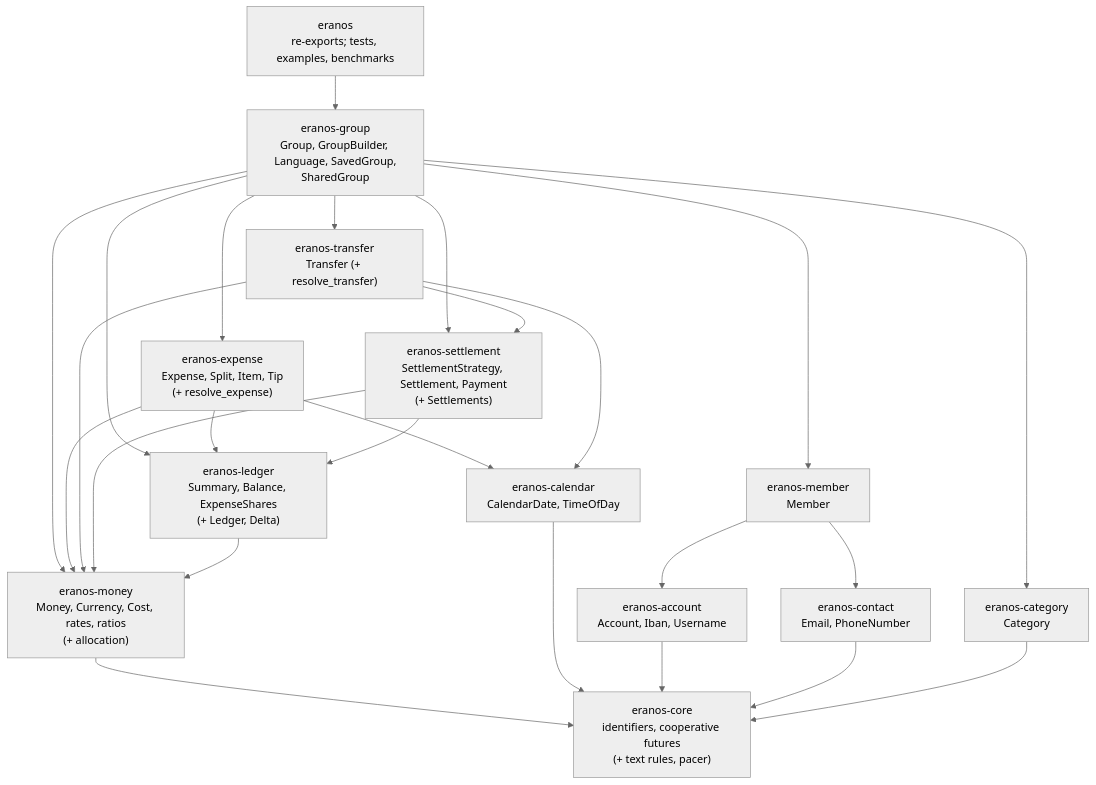
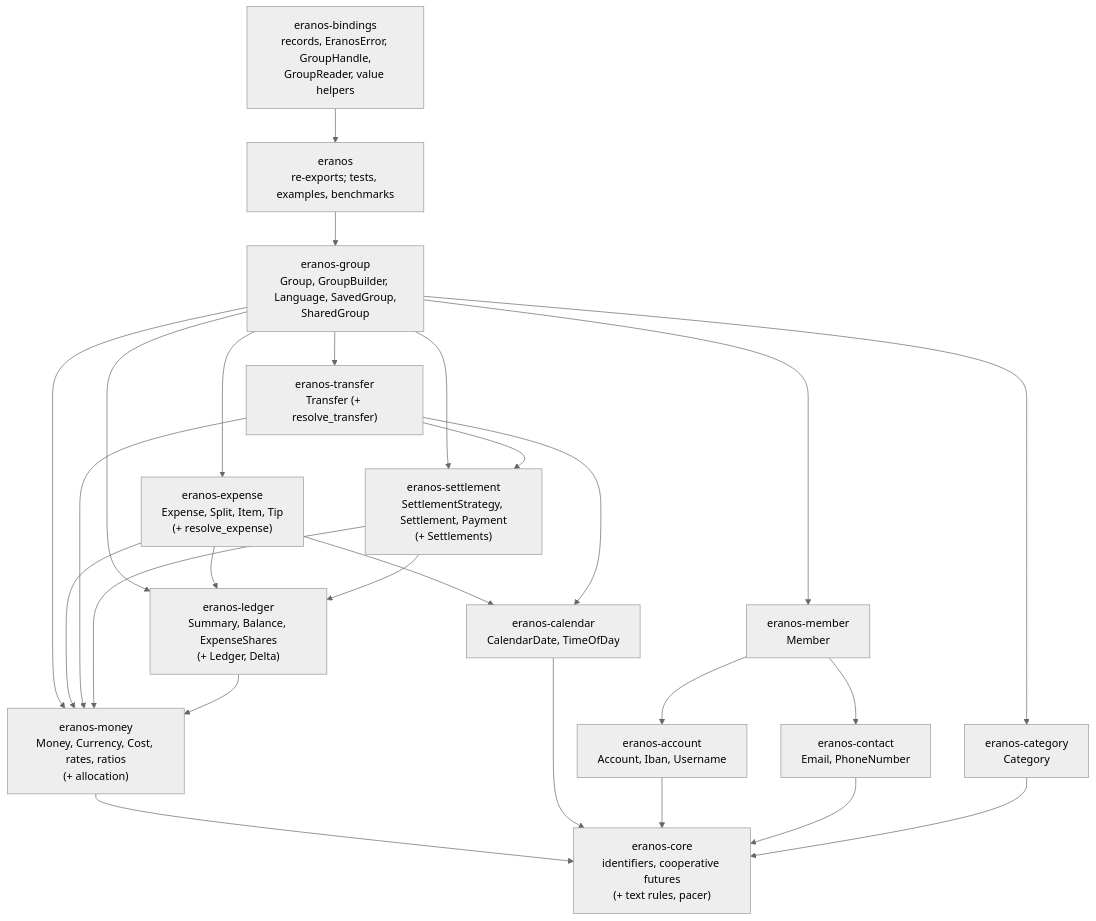
One commit to cristiancristea00/eranos changed the first of 3 diagrams in docs/ARCHITECTURE.md. Above: the diagram before and after it, drawn with Mermaid (neutral theme). The commit also changed other lines of this file and 36 other files, not shown here.

````diff
--- a/docs/ARCHITECTURE.md
+++ b/docs/ARCHITECTURE.md
@@ -71,40 +74,42 @@
 ```mermaid
 flowchart TD
+    BINDINGS["eranos-bindings<br/>records, EranosError, GroupHandle,<br/>GroupReader, value helpers"]
     FACADE["eranos<br/>re-exports; tests, examples, benchmarks"]
     GROUP["eranos-group<br/>Group, GroupBuilder, Language, SavedGroup,<br/>SharedGroup"]
     EXPENSE["eranos-expense<br/>Expense, Split, Item, Tip<br/>(+ resolve_expense)"]
     TRANSFER["eranos-transfer<br/>Transfer (+ resolve_transfer)"]
     MEMBER["eranos-member<br/>Member"]
     CATEGORY["eranos-category<br/>Category"]
     SETTLEMENT["eranos-settlement<br/>SettlementStrategy, Settlement, Payment<br/>(+ Settlements)"]
     ACCOUNT["eranos-account<br/>Account, Iban, Username"]
     CONTACT["eranos-contact<br/>Email, PhoneNumber"]
     LEDGER["eranos-ledger<br/>Summary, Balance, ExpenseShares<br/>(+ Ledger, Delta)"]
     CALENDAR["eranos-calendar<br/>CalendarDate, TimeOfDay"]
     MONEY["eranos-money<br/>Money, Currency, Cost, rates, ratios<br/>(+ allocation)"]
     CORE["eranos-core<br/>identifiers, cooperative futures<br/>(+ text rules, pacer)"]
+    BINDINGS --> FACADE
     FACADE --> GROUP
     GROUP --> EXPENSE
     GROUP --> TRANSFER
     GROUP --> MEMBER
     GROUP --> CATEGORY
     GROUP --> SETTLEMENT
     GROUP --> LEDGER
     GROUP --> MONEY
     EXPENSE --> LEDGER
     EXPENSE --> CALENDAR
     EXPENSE --> MONEY
     TRANSFER --> SETTLEMENT
     TRANSFER --> CALENDAR
     TRANSFER --> MONEY
     MEMBER --> ACCOUNT
     MEMBER --> CONTACT
     SETTLEMENT --> LEDGER
     SETTLEMENT --> MONEY
     LEDGER --> MONEY
     MONEY --> CORE
     CALENDAR --> CORE
     ACCOUNT --> CORE
     CONTACT --> CORE
     CATEGORY --> CORE
 ```
````
